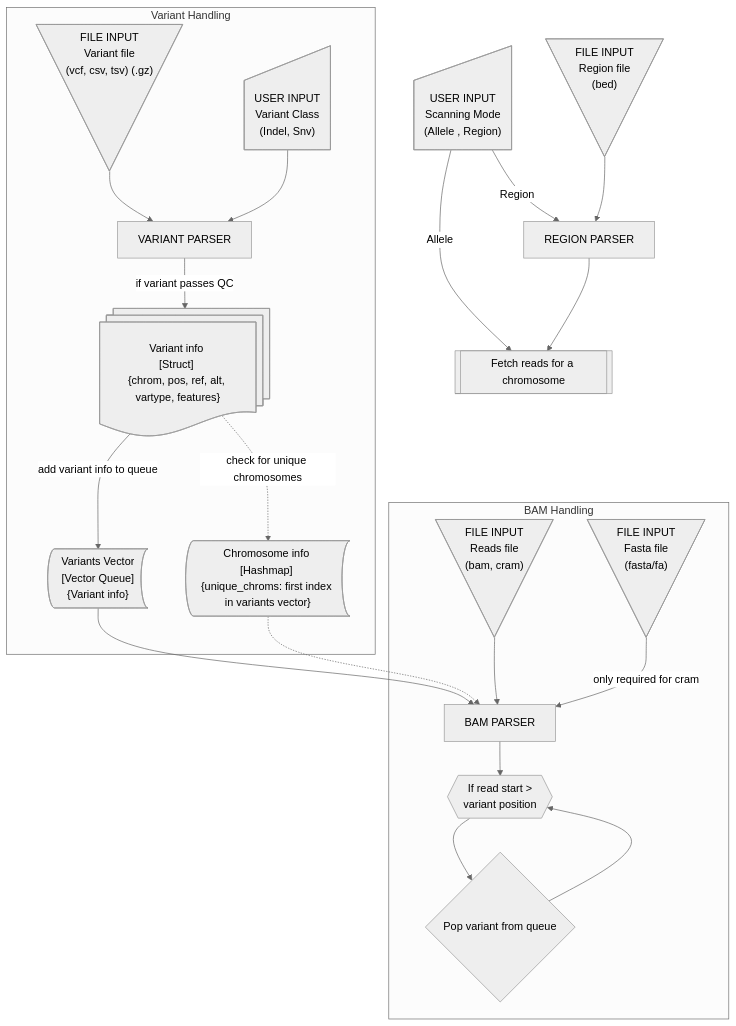
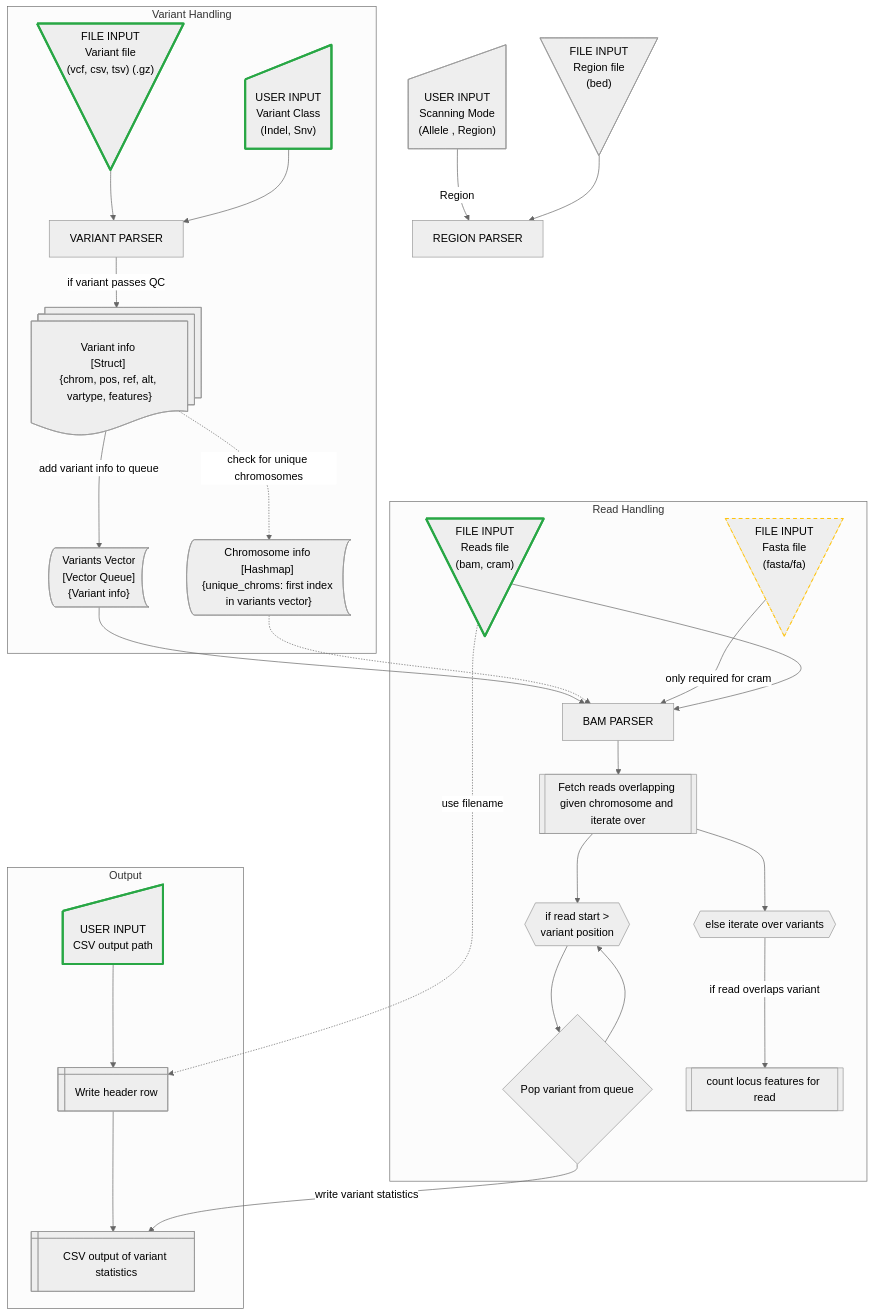
Before and after one commit to jchchiu/rust-varlap: the first of 2 diagrams in docs/flowchart.md, drawn with Mermaid (neutral theme). The commit also changed other lines of this file and 1 other file, not shown here.

Commit message:
docs: updated info

````diff
--- a/docs/flowchart.md
+++ b/docs/flowchart.md
@@ -1,39 +1,59 @@
 ```mermaid
 flowchart TD
+
+    %% Define CSS classes for styling
+    classDef required stroke:#28a745,stroke-width:3px;
+    classDef optional stroke:#ffc107,stroke-width:1px,stroke-dasharray: 5 5;
+
+    %% VARIANTS
     subgraph Variant Handling
 
-    var_file@{ shape: manual-file, label: "FILE INPUT \n Variant file \n (vcf, csv, tsv) (.gz)"}
+    var_file:::required@{ shape: manual-file, label: "FILE INPUT \n Variant file \n (vcf, csv, tsv) (.gz)"}
 
     var_file --> var_parse@{ shape: rect, label: "VARIANT PARSER" }
-    var_class@{ shape: manual-input, label: "USER INPUT \n Variant Class \n (Indel, Snv)"} --> var_parse
+    var_class:::required@{ shape: manual-input, label: "USER INPUT \n Variant Class \n (Indel, Snv)"} --> var_parse
     var_parse -->|if variant passes QC| variants@{ shape: docs, label: "Variant info \n [Struct] \n {chrom, pos, ref, alt, vartype, features}" }
     variants -.->|check for unique chromosomes| chrom_unique@{ shape: bow-rect, label: "Chromosome info \n [Hashmap] \n {unique_chroms: first index in variants vector}" }
     variants -- add variant info to queue--> var_queue@{ shape: bow-rect, label: "Variants Vector \n [Vector Queue] \n {Variant info}" }
 
     end
 
-    subgraph BAM Handling
+    %% TO BE IMPLEMENTED (SCANNING MODE)
+    scanning_mode@{ shape: manual-input, label: "USER INPUT \n Scanning Mode \n (Allele , Region)"} -- Region --> region_parse@{ shape: rect, label: "REGION PARSER" }
+    bed_file@{ shape: manual-file, label: "FILE INPUT \n Region file \n (bed)"}
+    bed_file --> region_parse
+
+    %% OUTPUT
+    subgraph Output
+
+    csv_filename:::required@{ shape: manual-input, label: "USER INPUT \n CSV output path" } --> write_header@{ shape: win-pane, label: "Write header row" }
+    write_header --> variant_output@{ shape: win-pane, label: "CSV output of variant statistics" }
+
+    end
+
+    %% READS
+    
+    subgraph Read Handling
 
     var_queue --> bam_parse@{ shape: rect, label: "BAM PARSER"}
     chrom_unique -.-> bam_parse
     var_class@{ shape: manual-input, label: "USER INPUT \n Variant Class \n (Indel, Snv)"}
 
-    reads_file@{ shape: manual-file, label: "FILE INPUT \n Reads file \n (bam, cram)"}
-    fasta_file@{ shape: manual-file, label: "FILE INPUT \n Fasta file \n (fasta/fa)"}
+    reads_file:::required@{ shape: manual-file, label: "FILE INPUT \n Reads file \n (bam, cram)"}
+    fasta_file:::optional@{ shape: manual-file, label: "FILE INPUT \n Fasta file \n (fasta/fa)"}
 
+    fasta_file -->|only required for cram| bam_parse
     reads_file --> bam_parse
-    fasta_file -->|only required for cram| bam_parse
-    bam_parse --> variant_conditional@{ shape: hex, label: "If read start > \n variant position" }
+    bam_parse --> fetch_reads@{shape: subproc, label: "Fetch reads overlapping given chromosome and iterate over" }
+    fetch_reads --> variant_conditional@{ shape: hex, label: "if read start > \n variant position" }
     variant_conditional --> remove_variant@{ shape: diamond, label: "Pop variant from queue" }
     remove_variant --> variant_conditional
+    fetch_reads --> variant_iter@{ shape: hex, label: "else iterate over variants" }
+    variant_iter -->|if read overlaps variant| count_features@{ shape: subproc, label: "count locus features for read" }
 
     end
 
-
-    scanning_mode@{ shape: manual-input, label: "USER INPUT \n Scanning Mode \n (Allele , Region)"} -- Region --> region_parse@{ shape: rect, label: "REGION PARSER" }
-    bed_file@{ shape: manual-file, label: "FILE INPUT \n Region file \n (bed)"}
-    bed_file --> region_parse
-    scanning_mode -- Allele --> fetch_reads@{ shape: subproc, label: "Fetch reads for a chromosome"}
-    region_parse --> fetch_reads
+    reads_file -.->|use filename| write_header
+    remove_variant -->|write variant statistics| variant_output
 
 ```
````
